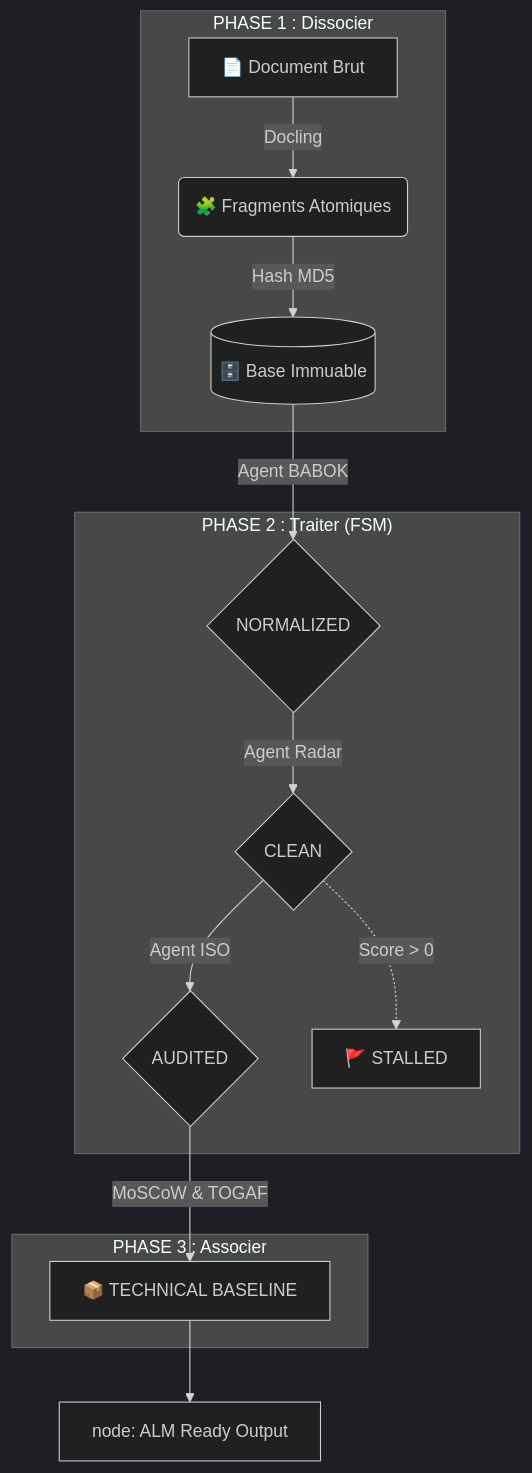
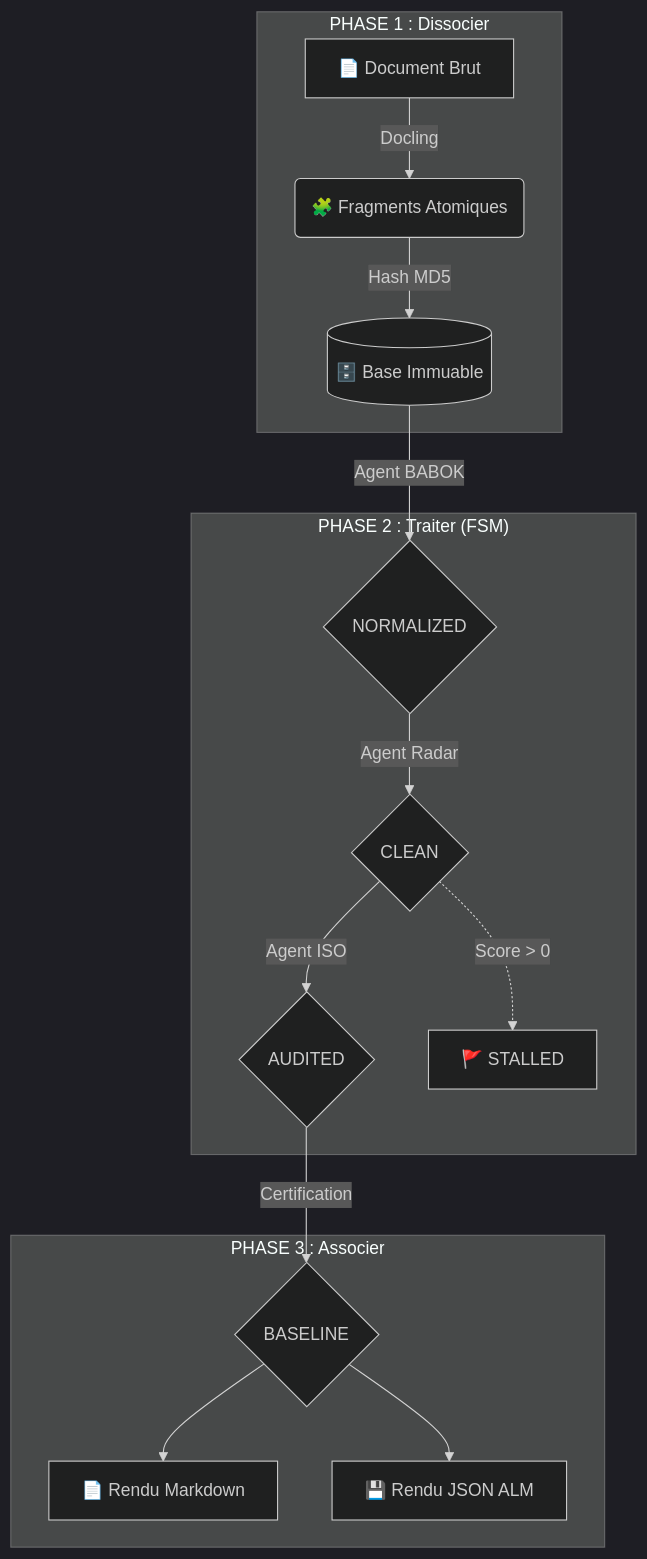
One commit to RodMan121/rfp-analyse-ia changed the diagram in ARCHITECTURE.md. Above: the diagram before and after it, drawn with Mermaid (dark theme). The commit also changed other lines of this file and 2 other files, not shown here.

Commit message:
docs: officialisation du double rendu (Markdown + JSON) et guide d'exploitation des livrables

````diff
--- a/ARCHITECTURE.md
+++ b/ARCHITECTURE.md
@@ -11,20 +9,20 @@
 ```mermaid
 graph TD
     subgraph "PHASE 1 : Dissocier"
         A[📄 Document Brut] -->|Docling| B(🧩 Fragments Atomiques)
         B -->|Hash MD5| C[(🗄️ Base Immuable)]
     end
     
     subgraph "PHASE 2 : Traiter (FSM)"
         C -->|Agent BABOK| D{NORMALIZED}
         D -->|Agent Radar| E{CLEAN}
         E -->|Agent ISO| F{AUDITED}
         E -.->|Score > 0| G[🚩 STALLED]
     end
     
     subgraph "PHASE 3 : Associer"
-        F -->|MoSCoW & TOGAF| H[📦 TECHNICAL BASELINE]
+        F -->|Certification| H{BASELINE}
+        H --> I[📄 Rendu Markdown]
+        H --> J[💾 Rendu JSON ALM]
     end
-    
-    H --> I[node: ALM Ready Output]
 ```
````
